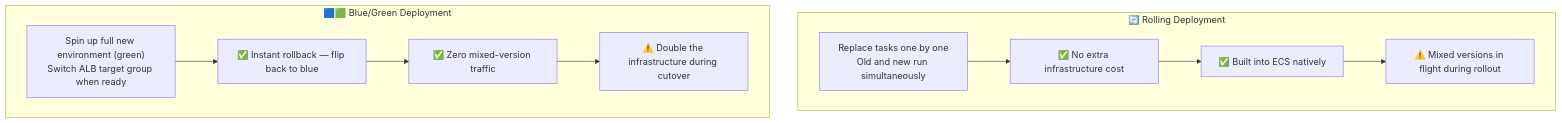
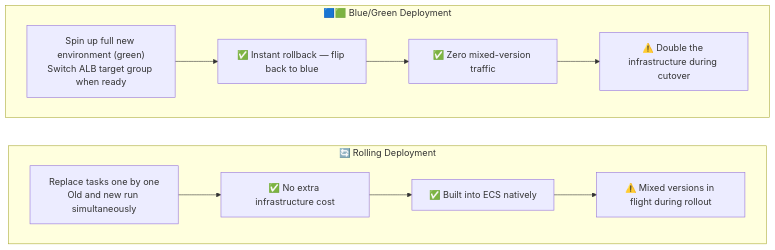
One commit to romangurevitch/GoTraining changed the fifth of 6 diagrams in internal/fundamentals/api-lifecycle-and-deployment/04-cloud-deployment.md. Above: the diagram before and after it, drawn with Mermaid. The commit also changed other lines of this file and 20 other files, not shown here.

````diff
--- a/internal/fundamentals/api-lifecycle-and-deployment/04-cloud-deployment.md
+++ b/internal/fundamentals/api-lifecycle-and-deployment/04-cloud-deployment.md
@@ -119,18 +128,22 @@
 ```mermaid
-graph TB
+graph TD
+    subgraph BlueGreen["🟦🟩 Blue/Green Deployment"]
+        direction LR
+        BG1["Spin up full new environment (green)<br/>Switch ALB target group when ready"]
+        BG2["✅ Instant rollback — flip back to blue"]
+        BG3["✅ Zero mixed-version traffic"]
+        BG4["⚠️ Double the infrastructure during cutover"]
+        BG1 --> BG2 --> BG3 --> BG4
+    end
+
+    BlueGreen ~~~ Rolling
+
     subgraph Rolling["🔄 Rolling Deployment"]
+        direction LR
         RO1["Replace tasks one by one<br/>Old and new run simultaneously"]
         RO2["✅ No extra infrastructure cost"]
         RO3["✅ Built into ECS natively"]
         RO4["⚠️ Mixed versions in flight during rollout"]
         RO1 --> RO2 --> RO3 --> RO4
     end
-
-    subgraph BlueGreen["🟦🟩 Blue/Green Deployment"]
-        BG1["Spin up full new environment (green)<br/>Switch ALB target group when ready"]
-        BG2["✅ Instant rollback — flip back to blue"]
-        BG3["✅ Zero mixed-version traffic"]
-        BG4["⚠️ Double the infrastructure during cutover"]
-        BG1 --> BG2 --> BG3 --> BG4
-    end
 ```
````
